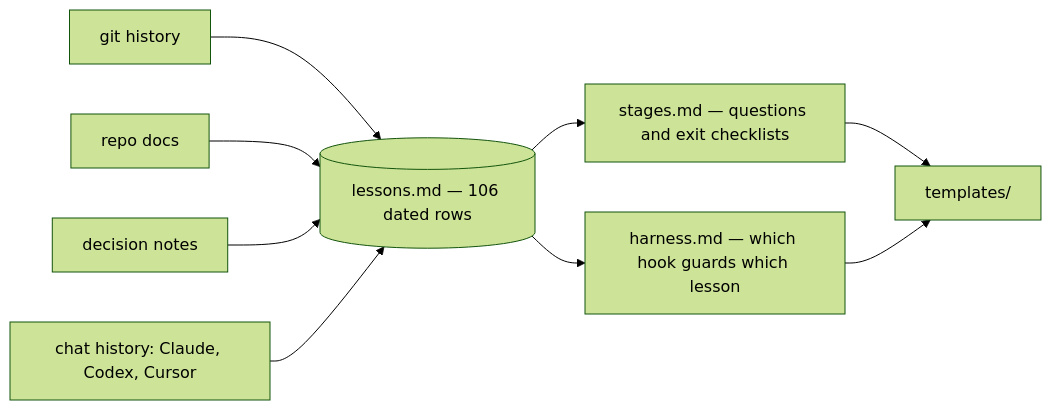
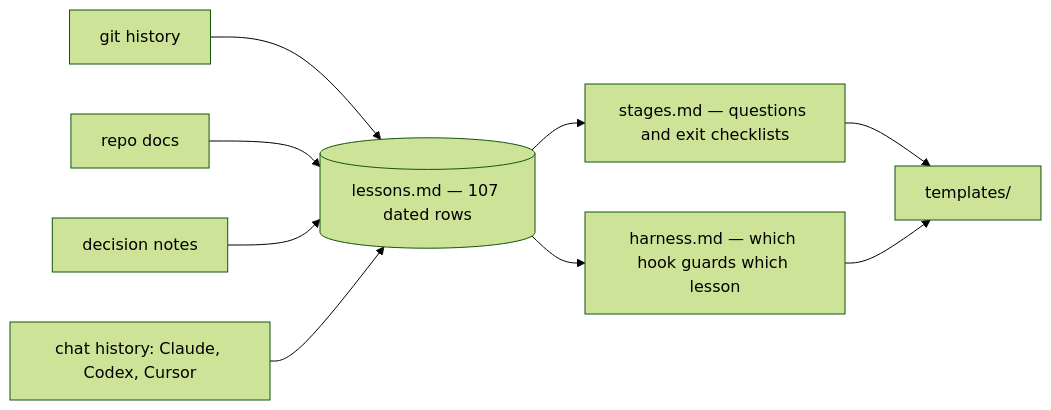
Before and after one commit to EranTzarum/project-kickoff: the second of 2 diagrams in README.md, drawn with Mermaid (forest theme). The commit also changed other lines of this file and 13 other files, not shown here.

````diff
--- a/README.md
+++ b/README.md
@@ -234,11 +234,11 @@
 ```mermaid
 flowchart LR
     G["git history"] --> L
     D["repo docs"] --> L
     V["decision notes"] --> L
     C["chat history: Claude, Codex, Cursor"] --> L
-    L[("lessons.md — 106 dated rows")] --> S["stages.md — questions and exit checklists"]
+    L[("lessons.md — 107 dated rows")] --> S["stages.md — questions and exit checklists"]
     L --> H["harness.md — which hook guards which lesson"]
     S --> T["templates/"]
     H --> T
 ```
````
